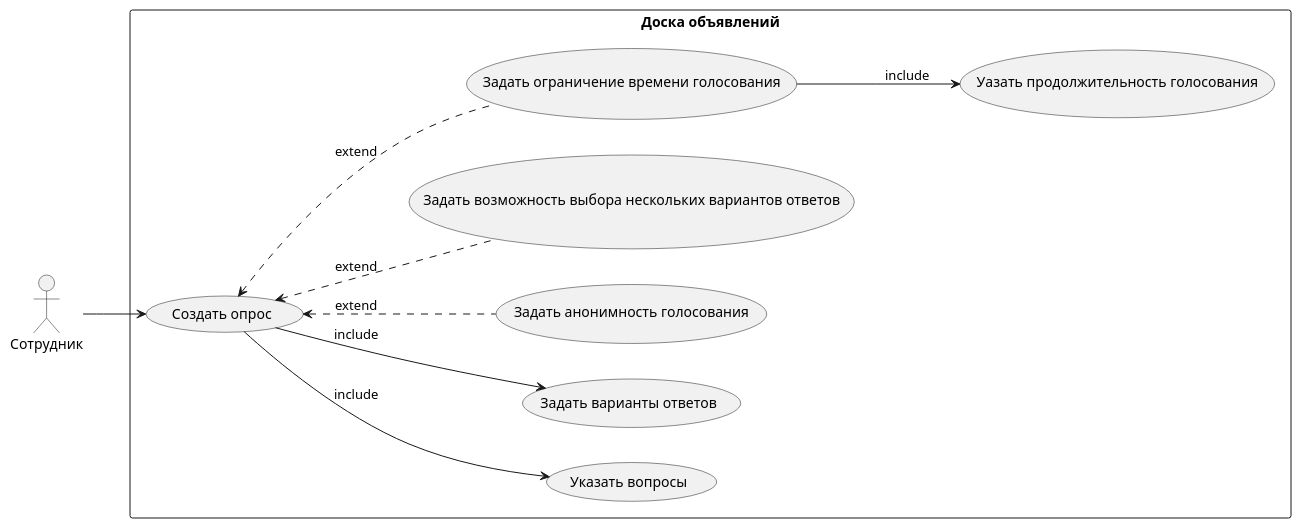
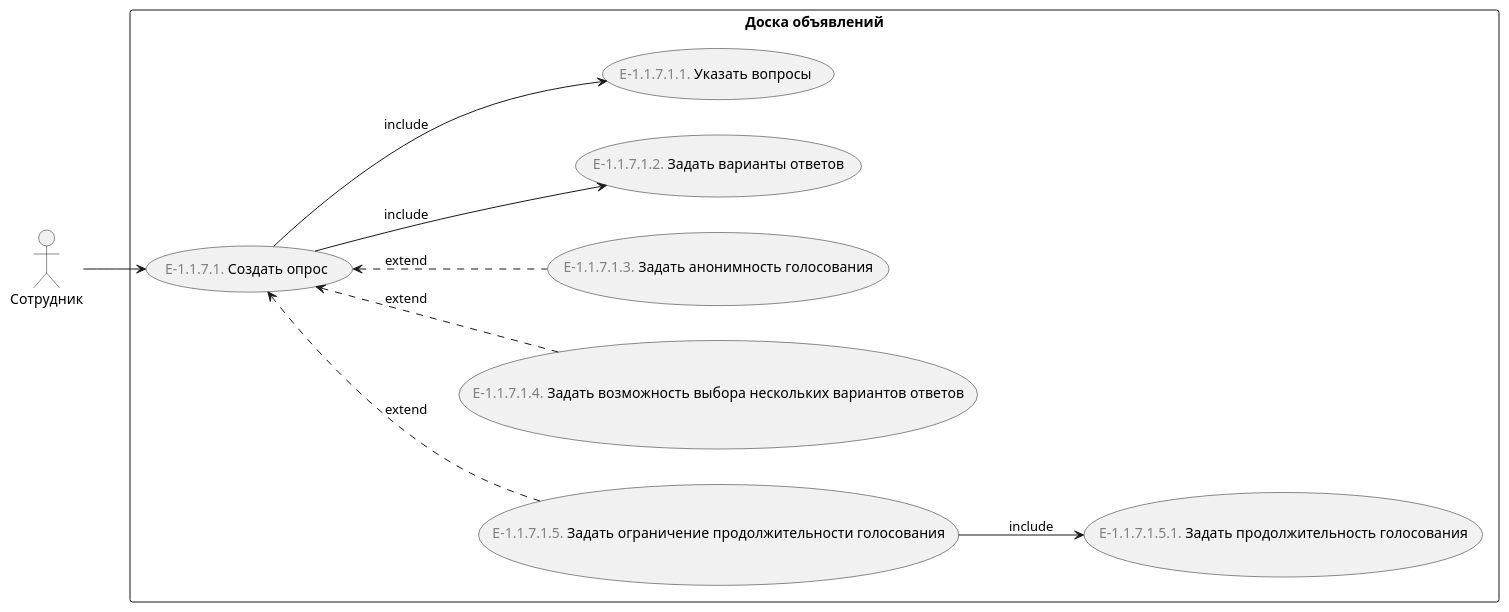
One commit to astu-app/ASTU-Bulletin-Board-Server changed the diagram in doc/Диаграммы/use case/create survey.puml. Above: the diagram before and after it, drawn with PlantUML. The commit also changed 10 other files, not shown here.

```diff
--- a/doc/Диаграммы/use case/create survey.puml
+++ b/doc/Диаграммы/use case/create survey.puml
@@ -1,19 +1,21 @@
 @startuml
 'https://plantuml.com/use-case-diagram
 
 left to right direction
 
 :Сотрудник: as employee
 
 rectangle "Доска объявлений" {
-    employee --> (Создать опрос)
-    (Создать опрос) --> (Указать вопросы) : include
-    (Создать опрос) --> (Задать варианты ответов) : include
-    (Создать опрос) <.. (Задать анонимность голосования) : extend
-    (Создать опрос) <.. (Задать возможность выбора нескольких вариантов ответов) : extend
-    (Создать опрос) <.. (Задать ограничение времени голосования) : extend 
+    (<font color="gray">E-1.1.7.1.</font> Создать опрос) as create_survey
+
+    employee --> create_survey 
+    create_survey <.. (<font color="gray">E-1.1.7.1.5.</font> Задать ограничение продолжительности голосования) : extend 
+    create_survey <.. (<font color="gray">E-1.1.7.1.4.</font> Задать возможность выбора нескольких вариантов ответов) : extend
+    create_survey <.. (<font color="gray">E-1.1.7.1.3.</font> Задать анонимность голосования) : extend
+    create_survey --> (<font color="gray">E-1.1.7.1.2.</font> Задать варианты ответов) : include
+    create_survey --> (<font color="gray">E-1.1.7.1.1.</font> Указать вопросы) : include
     
-    (Задать ограничение времени голосования) --> (Уазать продолжительность голосования) : include
+    (<font color="gray">E-1.1.7.1.5.</font> Задать ограничение продолжительности голосования) --> (<font color="gray">E-1.1.7.1.5.1.</font> Задать продолжительность голосования) : include
 }
 
 @enduml
```
